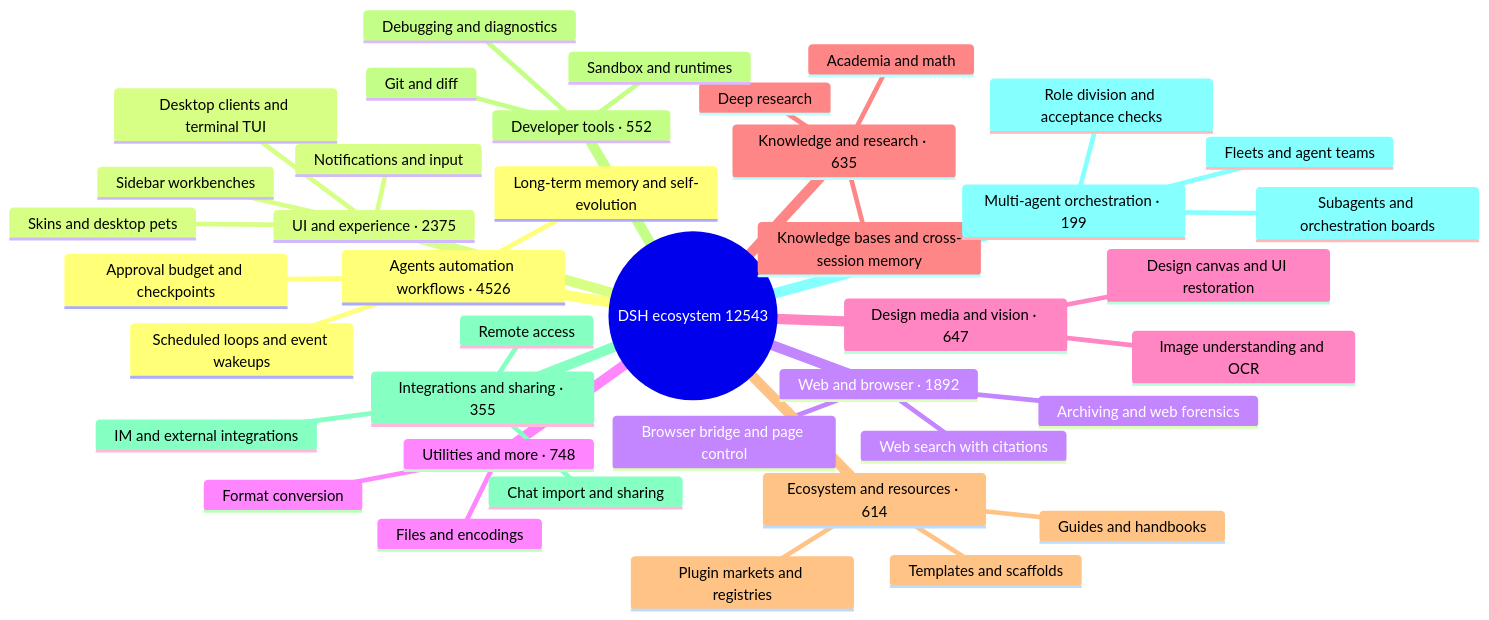
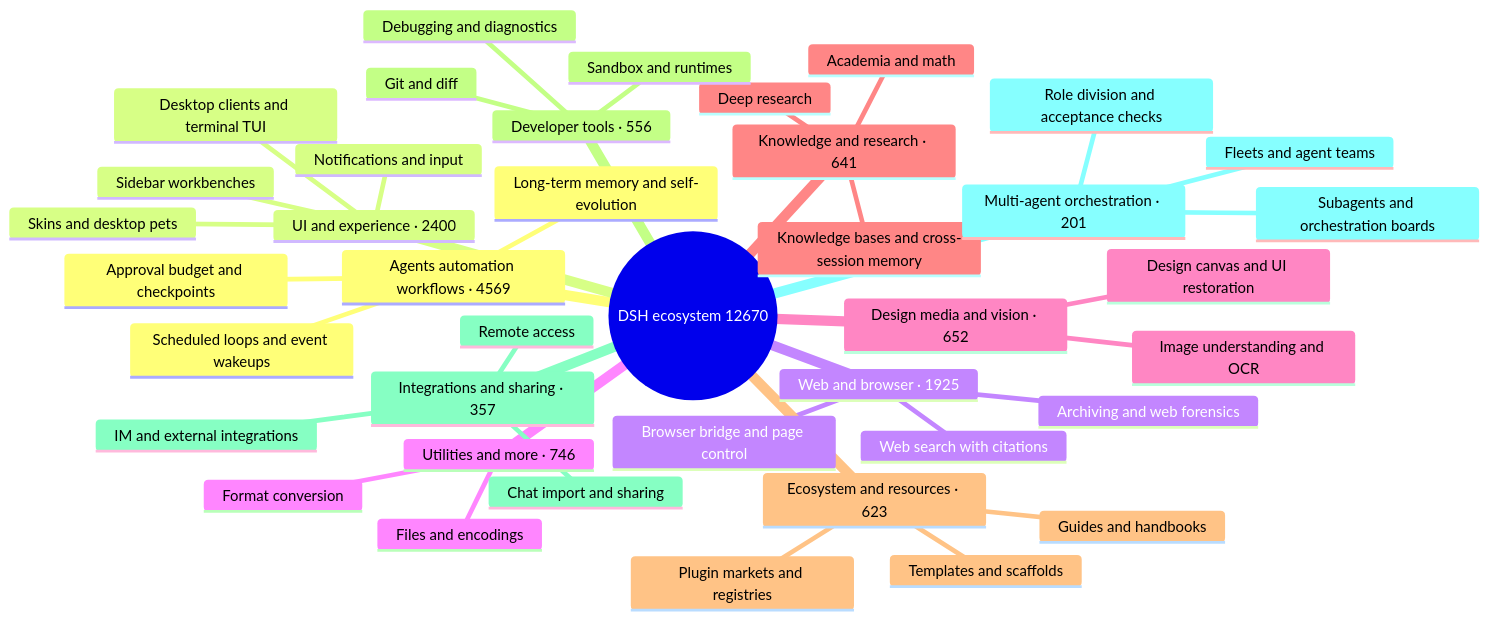
Before and after one commit to BOWLUNA/awesome-dsh-plugin: the diagram in README_EN.md, drawn with Mermaid. The commit also changed other lines of this file and 20 other files, not shown here.

````diff
--- a/README_EN.md
+++ b/README_EN.md
@@ -33,43 +33,43 @@
 ```mermaid
 mindmap
-  root((DSH ecosystem 12543))
-    Agents automation workflows · 4526
+  root((DSH ecosystem 12670))
+    Agents automation workflows · 4569
       Scheduled loops and event wakeups
       Long-term memory and self-evolution
       Approval budget and checkpoints
-    UI and experience · 2375
+    UI and experience · 2400
       Desktop clients and terminal TUI
       Sidebar workbenches
       Skins and desktop pets
       Notifications and input
-    Web and browser · 1892
+    Web and browser · 1925
       Browser bridge and page control
       Web search with citations
       Archiving and web forensics
-    Utilities and more · 748
+    Utilities and more · 746
       Files and encodings
       Format conversion
-    Design media and vision · 647
+    Design media and vision · 652
       Image understanding and OCR
       Design canvas and UI restoration
-    Knowledge and research · 635
+    Knowledge and research · 641
       Knowledge bases and cross-session memory
       Deep research
       Academia and math
-    Ecosystem and resources · 614
+    Ecosystem and resources · 623
       Plugin markets and registries
       Templates and scaffolds
       Guides and handbooks
-    Developer tools · 552
+    Developer tools · 556
       Git and diff
       Sandbox and runtimes
       Debugging and diagnostics
-    Integrations and sharing · 355
+    Integrations and sharing · 357
       Chat import and sharing
       Remote access
       IM and external integrations
-    Multi-agent orchestration · 199
+    Multi-agent orchestration · 201
       Subagents and orchestration boards
       Fleets and agent teams
       Role division and acceptance checks
 ```
````
